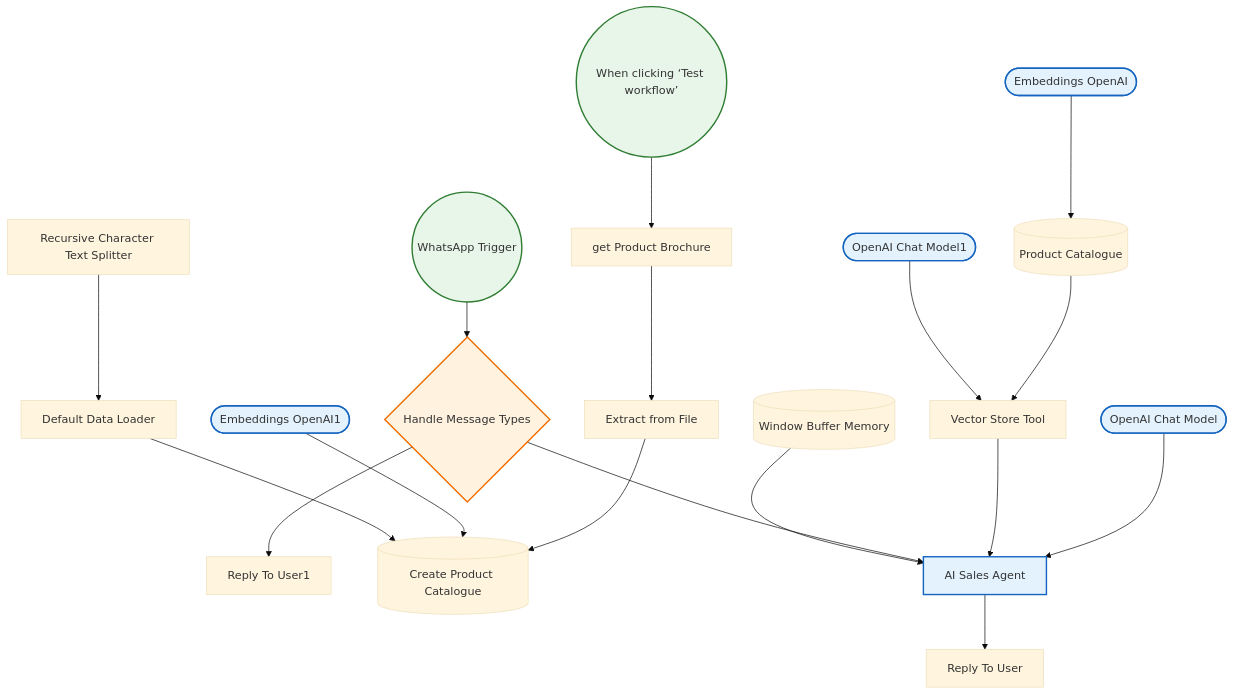
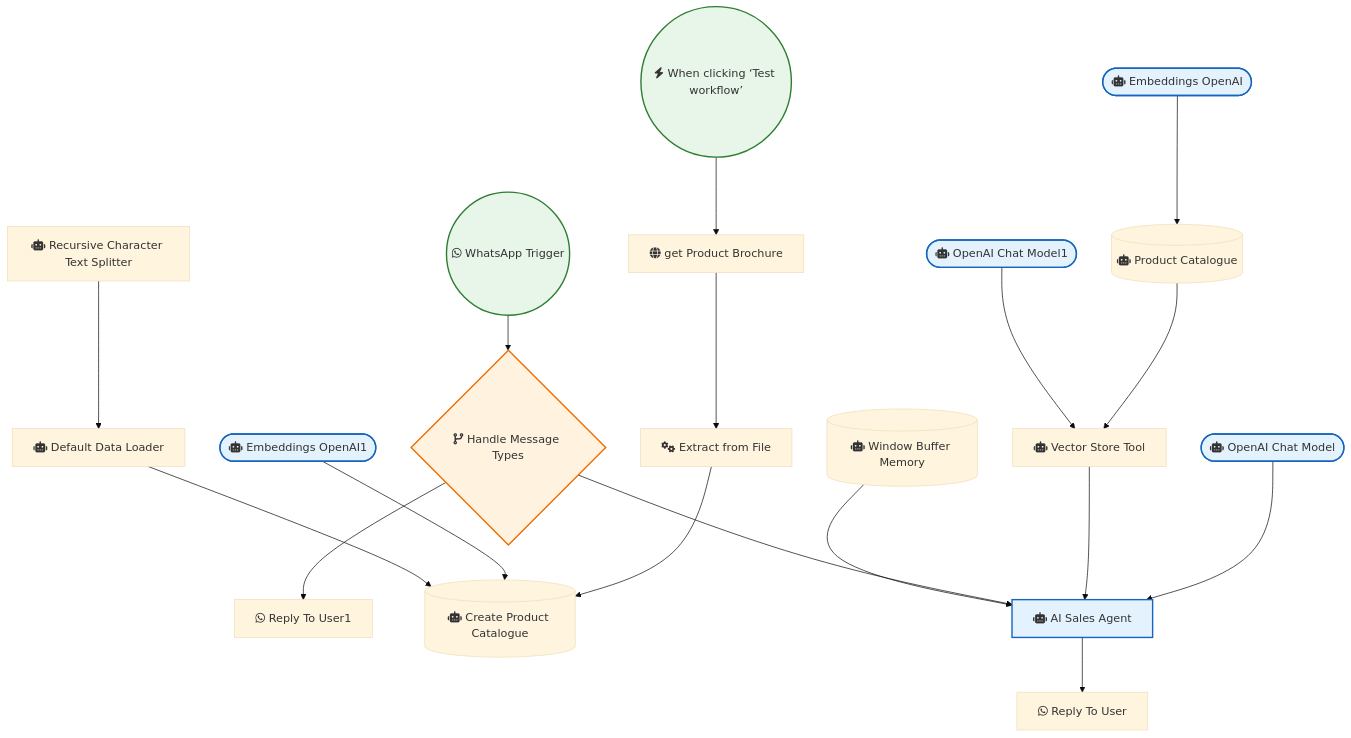
One commit to sreyash3105/N8N-DEMO-AUTOMATIONS changed the diagram in WhatsApp/Building Your First WhatsApp Chatbot.md. Above: the diagram before and after it, drawn with Mermaid (base theme). The commit also changed 291 other files, not shown here.

````diff
--- a/WhatsApp/Building Your First WhatsApp Chatbot.md
+++ b/WhatsApp/Building Your First WhatsApp Chatbot.md
@@ -1,42 +1,42 @@
 ```mermaid
 graph TD
     classDef trigger fill:#e8f5e9,stroke:#2e7d32,stroke-width:2px;
     classDef ai fill:#e3f2fd,stroke:#1565c0,stroke-width:2px;
     classDef logic fill:#fff3e0,stroke:#ef6c00,stroke-width:2px;
 
-    WhatsApp_Trigger(("WhatsApp Trigger")):::trigger
-    OpenAI_Chat_Model(["OpenAI Chat Model"]):::ai
-    Window_Buffer_Memory[("Window Buffer Memory")]
-    Vector_Store_Tool["Vector Store Tool"]
-    Embeddings_OpenAI(["Embeddings OpenAI"]):::ai
-    OpenAI_Chat_Model1(["OpenAI Chat Model1"]):::ai
-    When_clicking__Test_workflow_(("When clicking ‘Test workflow’")):::trigger
-    Embeddings_OpenAI1(["Embeddings OpenAI1"]):::ai
-    Default_Data_Loader["Default Data Loader"]
-    Recursive_Character_Text_Splitter["Recursive Character Text Splitter"]
-    Extract_from_File["Extract from File"]
-    get_Product_Brochure["get Product Brochure"]
-    Reply_To_User["Reply To User"]
-    Reply_To_User1["Reply To User1"]
-    Product_Catalogue[("Product Catalogue")]
-    Create_Product_Catalogue[("Create Product Catalogue")]
-    Handle_Message_Types{"Handle Message Types"}:::logic
-    AI_Sales_Agent["AI Sales Agent"]:::ai
+    WhatsApp_Trigger(("fab:fa-whatsapp WhatsApp Trigger")):::trigger
+    OpenAI_Chat_Model(["fas:fa-robot OpenAI Chat Model"]):::ai
+    Window_Buffer_Memory[("fas:fa-robot Window Buffer Memory")]
+    Vector_Store_Tool["fas:fa-robot Vector Store Tool"]
+    Embeddings_OpenAI(["fas:fa-robot Embeddings OpenAI"]):::ai
+    OpenAI_Chat_Model1(["fas:fa-robot OpenAI Chat Model1"]):::ai
+    When_clicking__Test_workflow_(("fas:fa-bolt When clicking ‘Test workflow’")):::trigger
+    Embeddings_OpenAI1(["fas:fa-robot Embeddings OpenAI1"]):::ai
+    Default_Data_Loader["fas:fa-robot Default Data Loader"]
+    Recursive_Character_Text_Splitter["fas:fa-robot Recursive Character Text Splitter"]
+    Extract_from_File["fas:fa-cogs Extract from File"]
+    get_Product_Brochure["fas:fa-globe get Product Brochure"]
+    Reply_To_User["fab:fa-whatsapp Reply To User"]
+    Reply_To_User1["fab:fa-whatsapp Reply To User1"]
+    Product_Catalogue[("fas:fa-robot Product Catalogue")]
+    Create_Product_Catalogue[("fas:fa-robot Create Product Catalogue")]
+    Handle_Message_Types{"fas:fa-code-branch Handle Message Types"}:::logic
+    AI_Sales_Agent["fas:fa-robot AI Sales Agent"]:::ai
 
     AI_Sales_Agent --> Reply_To_User
     WhatsApp_Trigger --> Handle_Message_Types
     Embeddings_OpenAI --> Product_Catalogue
     Extract_from_File --> Create_Product_Catalogue
     OpenAI_Chat_Model --> AI_Sales_Agent
     Product_Catalogue --> Vector_Store_Tool
     Vector_Store_Tool --> AI_Sales_Agent
     Embeddings_OpenAI1 --> Create_Product_Catalogue
     OpenAI_Chat_Model1 --> Vector_Store_Tool
     Default_Data_Loader --> Create_Product_Catalogue
     Handle_Message_Types --> AI_Sales_Agent
     Handle_Message_Types --> Reply_To_User1
     Window_Buffer_Memory --> AI_Sales_Agent
     get_Product_Brochure --> Extract_from_File
     Recursive_Character_Text_Splitter --> Default_Data_Loader
     When_clicking__Test_workflow_ --> get_Product_Brochure
 ```
````
